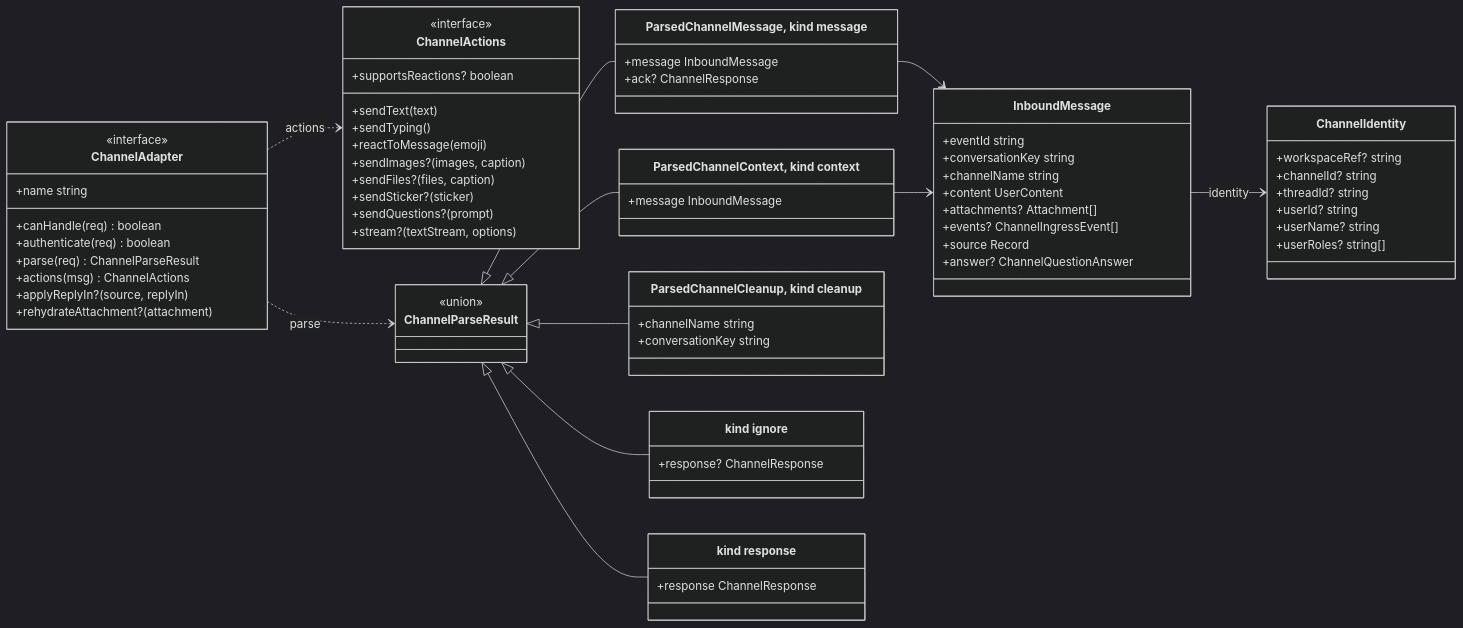
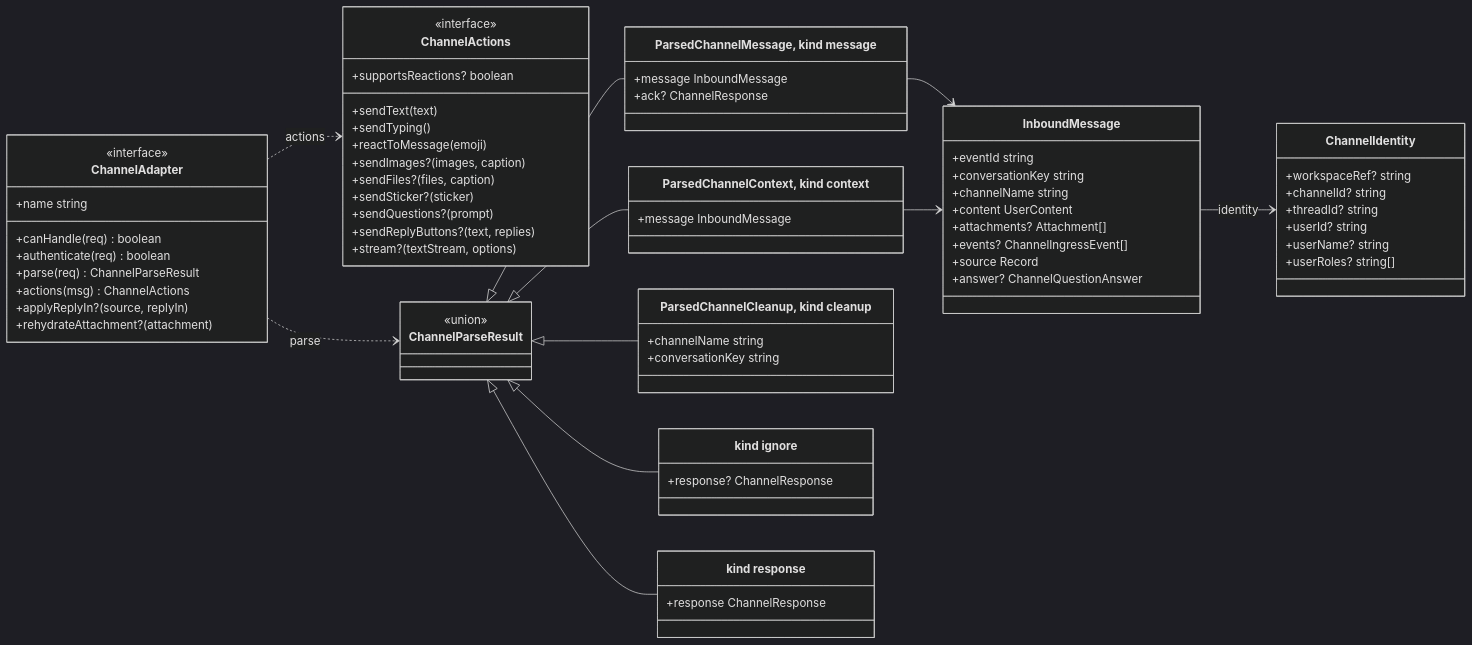
Before and after one commit to beeblastco/broods: the third of 4 diagrams in apps/docs/docs/internals/channels.md, drawn with Mermaid (dark theme). The commit also changed other lines of this file and 3 other files, not shown here.

Commit message:
fix(core): read Gemini's retryDelay, free waitForSettled's listener and timer, document reply buttons

````diff
--- a/apps/docs/docs/internals/channels.md
+++ b/apps/docs/docs/internals/channels.md
@@ -90,69 +90,70 @@
 ```mermaid
 classDiagram
   direction LR
   class ChannelAdapter
   <<interface>> ChannelAdapter
   ChannelAdapter : +name string
   ChannelAdapter : +canHandle(req) boolean
   ChannelAdapter : +authenticate(req) boolean
   ChannelAdapter : +parse(req) ChannelParseResult
   ChannelAdapter : +actions(msg) ChannelActions
   ChannelAdapter : +applyReplyIn?(source, replyIn)
   ChannelAdapter : +rehydrateAttachment?(attachment)
 
   class ChannelActions
   <<interface>> ChannelActions
   ChannelActions : +sendText(text)
   ChannelActions : +sendTyping()
   ChannelActions : +reactToMessage(emoji)
   ChannelActions : +supportsReactions? boolean
   ChannelActions : +sendImages?(images, caption)
   ChannelActions : +sendFiles?(files, caption)
   ChannelActions : +sendSticker?(sticker)
   ChannelActions : +sendQuestions?(prompt)
+  ChannelActions : +sendReplyButtons?(text, replies)
   ChannelActions : +stream?(textStream, options)
 
   class ChannelParseResult
   <<union>> ChannelParseResult
   class ParsedChannelMessage["ParsedChannelMessage, kind message"]
   ParsedChannelMessage : +message InboundMessage
   ParsedChannelMessage : +ack? ChannelResponse
   class ParsedChannelContext["ParsedChannelContext, kind context"]
   ParsedChannelContext : +message InboundMessage
   class ParsedChannelCleanup["ParsedChannelCleanup, kind cleanup"]
   ParsedChannelCleanup : +channelName string
   ParsedChannelCleanup : +conversationKey string
   class Ignore["kind ignore"]
   Ignore : +response? ChannelResponse
   class Respond["kind response"]
   Respond : +response ChannelResponse
 
   class InboundMessage
   InboundMessage : +eventId string
   InboundMessage : +conversationKey string
   InboundMessage : +channelName string
   InboundMessage : +content UserContent
   InboundMessage : +attachments? Attachment[]
   InboundMessage : +events? ChannelIngressEvent[]
   InboundMessage : +source Record
   InboundMessage : +answer? ChannelQuestionAnswer
 
   class ChannelIdentity
   ChannelIdentity : +workspaceRef? string
   ChannelIdentity : +channelId? string
   ChannelIdentity : +threadId? string
   ChannelIdentity : +userId? string
   ChannelIdentity : +userName? string
   ChannelIdentity : +userRoles? string[]
 
   ChannelAdapter ..> ChannelParseResult : parse
   ChannelAdapter ..> ChannelActions : actions
   ChannelParseResult <|-- ParsedChannelMessage
   ChannelParseResult <|-- ParsedChannelContext
   ChannelParseResult <|-- ParsedChannelCleanup
   ChannelParseResult <|-- Ignore
   ChannelParseResult <|-- Respond
   ParsedChannelMessage --> InboundMessage
   ParsedChannelContext --> InboundMessage
   InboundMessage --> ChannelIdentity : identity
 ```
````
